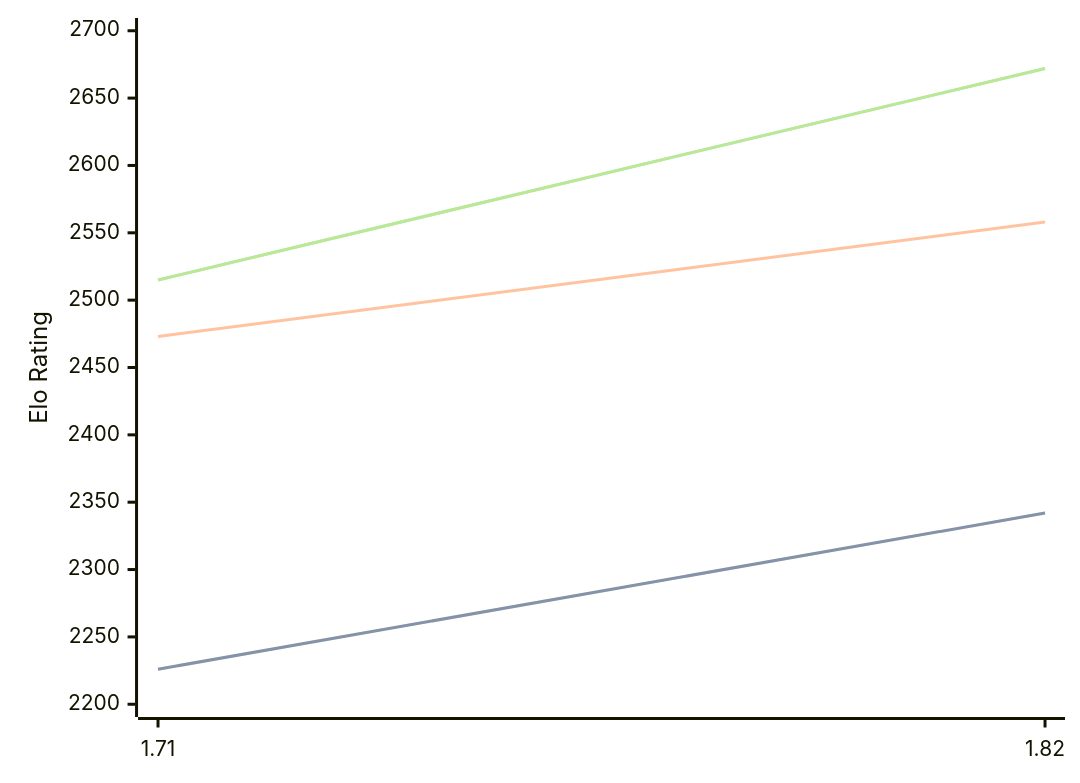
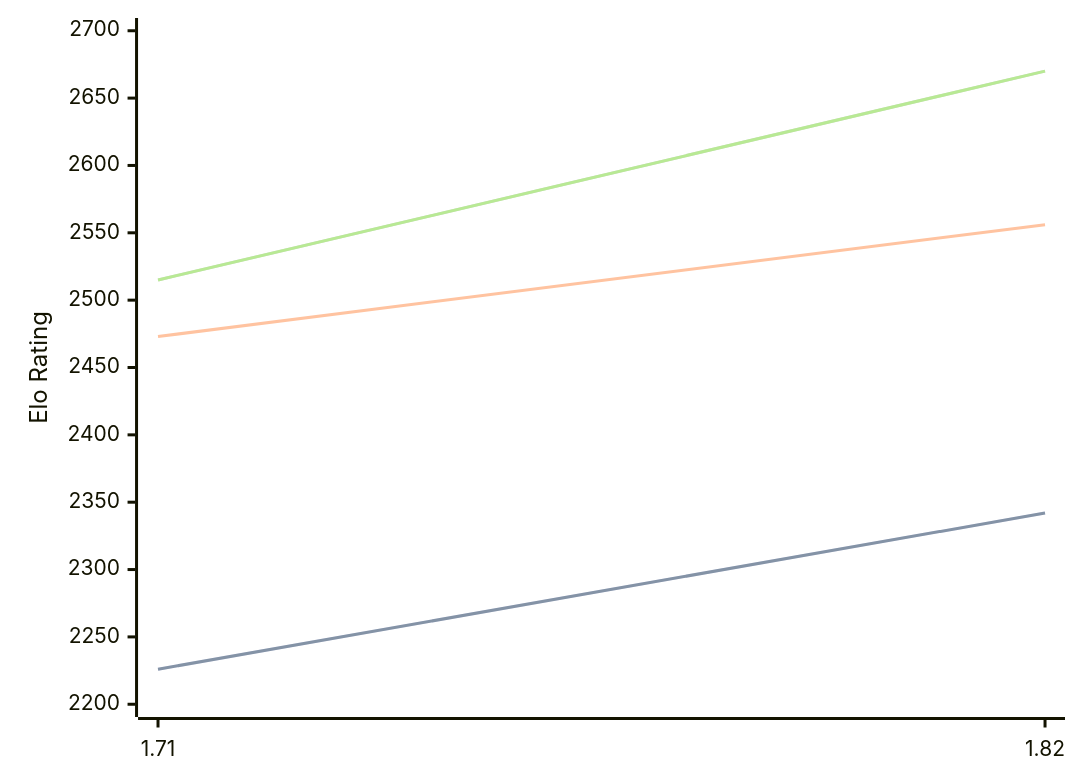
Before and after one commit to computer-chess-index/cci: the diagram in engines/Amira.md, drawn with Mermaid. The commit also changed other lines of this file, not shown here.

Commit message:
Update CCI Ratings (ELO VLTC) - 2026-04-20

````diff
--- a/engines/Amira.md
+++ b/engines/Amira.md
@@ -35,11 +35,11 @@
 ```mermaid
 %%{init: {"theme":"base","themeVariables":{"seriesColors:['#a3a3a3','#222221','#faa371']}}}%%
 xychart-beta
   x-axis ["1.71", "1.82"]
   y-axis "Elo Rating" 2200 --> 2700
   line "STC (8.0+0.08s)" [2226, 2342]
   line "STC (8.0+0.08s)" [2226, 2342]
-  line "LTC (60.0+0.60s)" [2473, 2558]
-  line "VLTC (2m24s+1.12s)" [2515, 2672]
-  line "VLTC (2m24s+1.12s)" [2515, 2672]
+  line "LTC (60.0+0.60s)" [2473, 2556]
+  line "VLTC (2m24s+1.12s)" [2515, 2670]
+  line "VLTC (2m24s+1.12s)" [2515, 2670]
 ```
````
